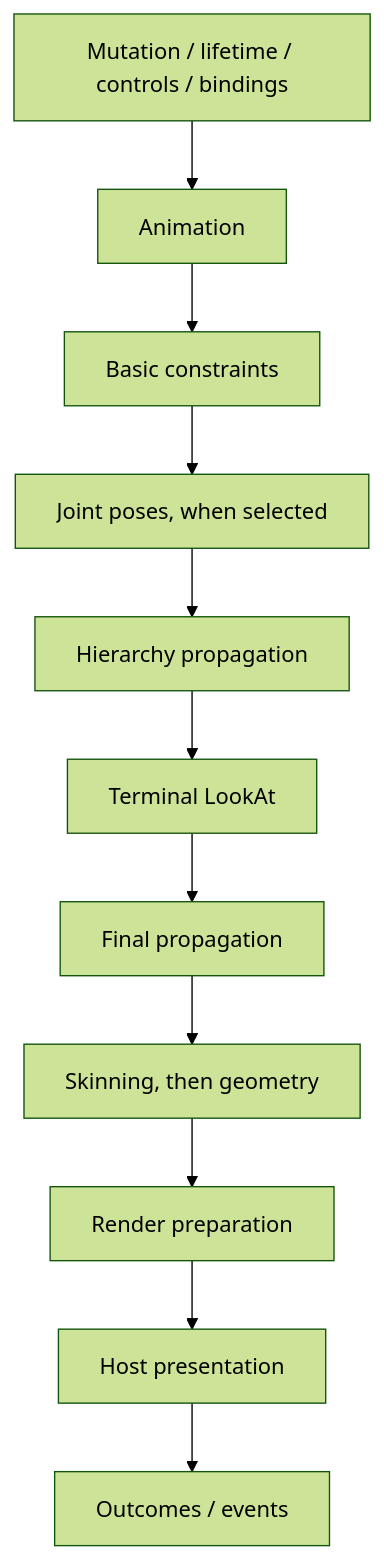
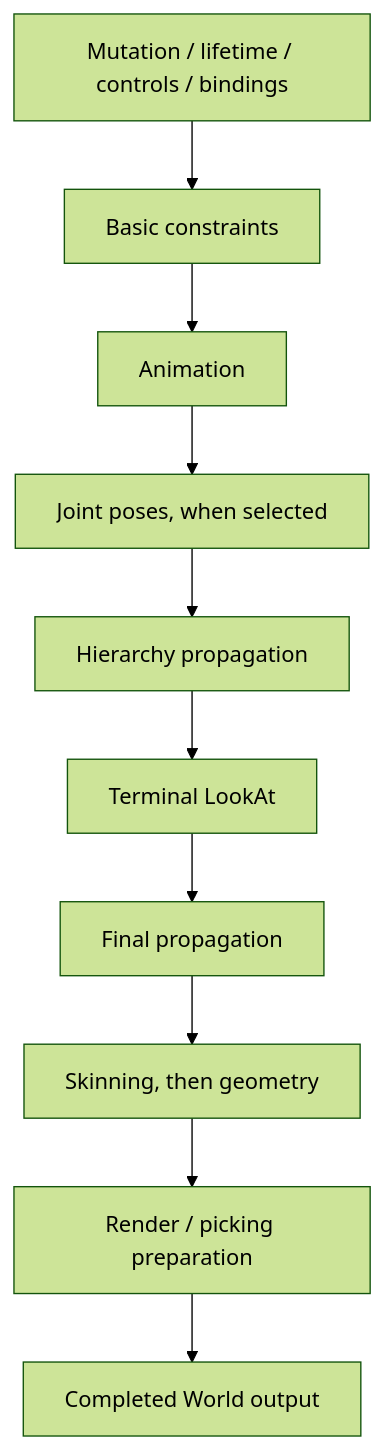
Before and after one commit to rubber-duck/ipp: the diagram in docs/architecture/runtime.md, drawn with Mermaid (forest theme). The commit also changed other lines of this file and 1098 other files, not shown here.

````diff
--- a/docs/architecture/runtime.md
+++ b/docs/architecture/runtime.md
@@ -121,9 +130,8 @@
 ```mermaid
 flowchart TD
-    mutation["Mutation / lifetime / controls / bindings"] --> animation["Animation"]
-    animation --> constraints["Basic constraints"] --> joints["Joint poses, when selected"]
+    mutation["Mutation / lifetime / controls / bindings"] --> constraints["Basic constraints"]
+    constraints --> animation["Animation"] --> joints["Joint poses, when selected"]
     joints --> hierarchy["Hierarchy propagation"] --> aim["Terminal LookAt"]
     aim --> final["Final propagation"] --> skin["Skinning, then geometry"]
-    skin --> render["Render preparation"] --> present["Host presentation"]
-    present --> events["Outcomes / events"]
+    skin --> render["Render / picking preparation"] --> output["Completed World output"]
 ```
````
